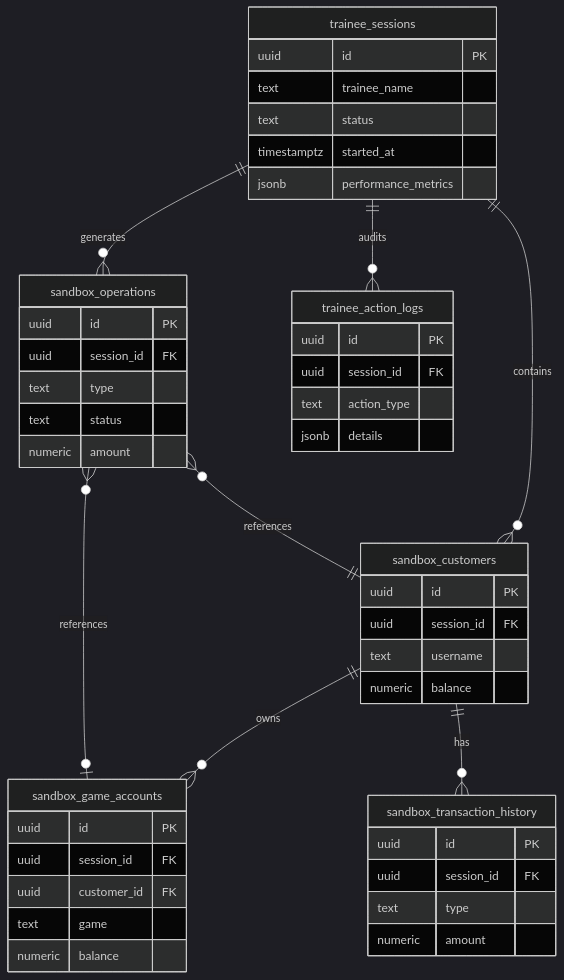
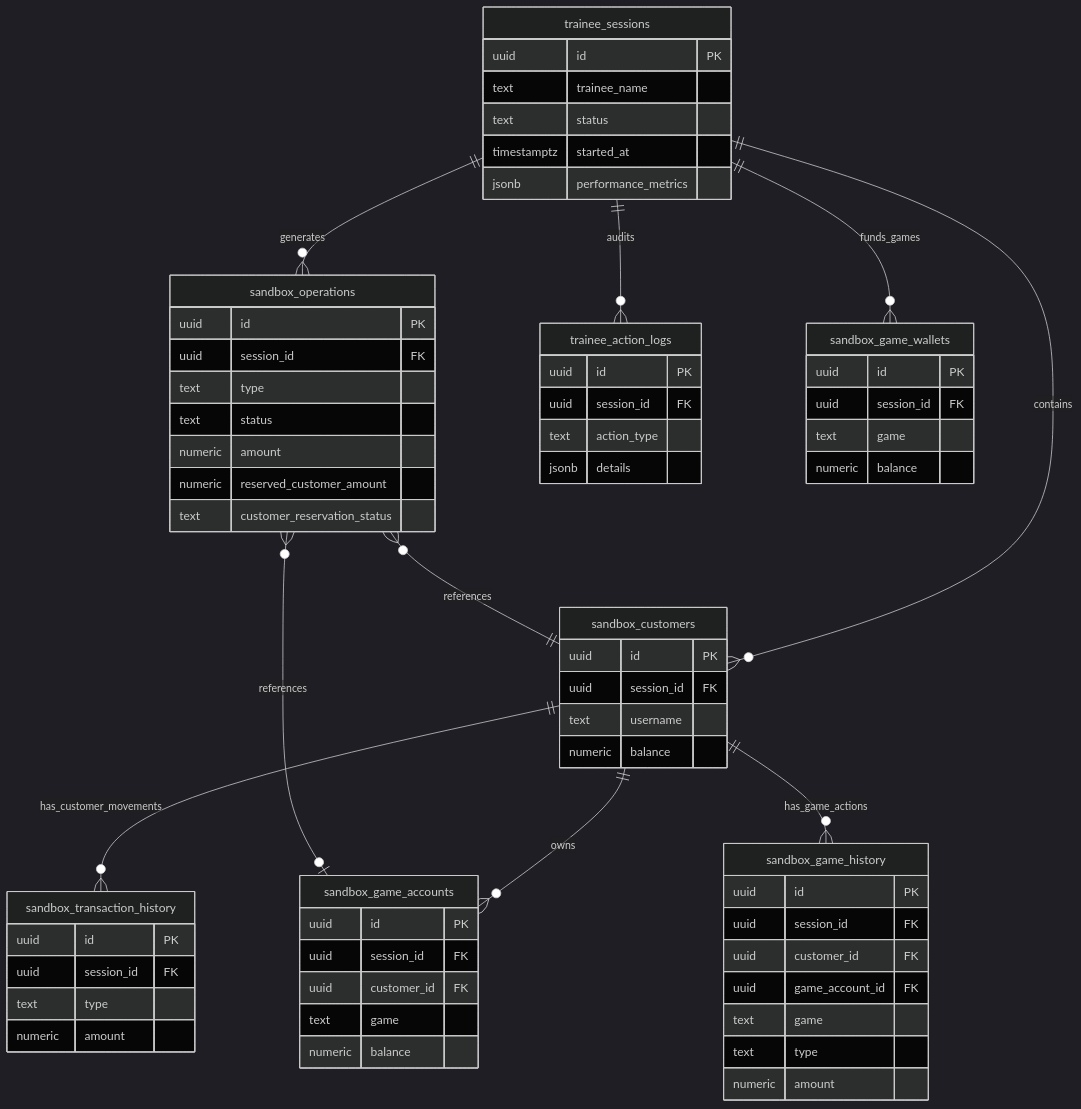
One commit to KaiserDeath/Trainee_Simulator changed the fourth of 4 diagrams in README.md. Above: the diagram before and after it, drawn with Mermaid (dark theme). The commit also changed other lines of this file and 176 other files, not shown here.

````diff
--- a/README.md
+++ b/README.md
@@ -522,55 +692,76 @@
 ```mermaid
 erDiagram
   trainee_sessions ||--o{ sandbox_customers : contains
   trainee_sessions ||--o{ sandbox_operations : generates
   trainee_sessions ||--o{ trainee_action_logs : audits
   sandbox_customers ||--o{ sandbox_game_accounts : owns
-  sandbox_customers ||--o{ sandbox_transaction_history : has
+  sandbox_customers ||--o{ sandbox_transaction_history : has_customer_movements
+  sandbox_customers ||--o{ sandbox_game_history : has_game_actions
+  trainee_sessions ||--o{ sandbox_game_wallets : funds_games
   sandbox_operations }o--|| sandbox_customers : references
   sandbox_operations }o--o| sandbox_game_accounts : references
 
   trainee_sessions {
     uuid id PK
     text trainee_name
     text status
     timestamptz started_at
     jsonb performance_metrics
   }
 
   sandbox_customers {
     uuid id PK
     uuid session_id FK
     text username
     numeric balance
   }
 
   sandbox_game_accounts {
     uuid id PK
     uuid session_id FK
     uuid customer_id FK
     text game
     numeric balance
   }
 
   sandbox_transaction_history {
     uuid id PK
     uuid session_id FK
     text type
     numeric amount
   }
 
+  sandbox_game_history {
+    uuid id PK
+    uuid session_id FK
+    uuid customer_id FK
+    uuid game_account_id FK
+    text game
+    text type
+    numeric amount
+  }
+
+  sandbox_game_wallets {
+    uuid id PK
+    uuid session_id FK
+    text game
+    numeric balance
+  }
+
   sandbox_operations {
     uuid id PK
     uuid session_id FK
     text type
     text status
     numeric amount
+    numeric reserved_customer_amount
+    text customer_reservation_status
   }
 
   trainee_action_logs {
     uuid id PK
     uuid session_id FK
     text action_type
     jsonb details
   }
 ```
````
